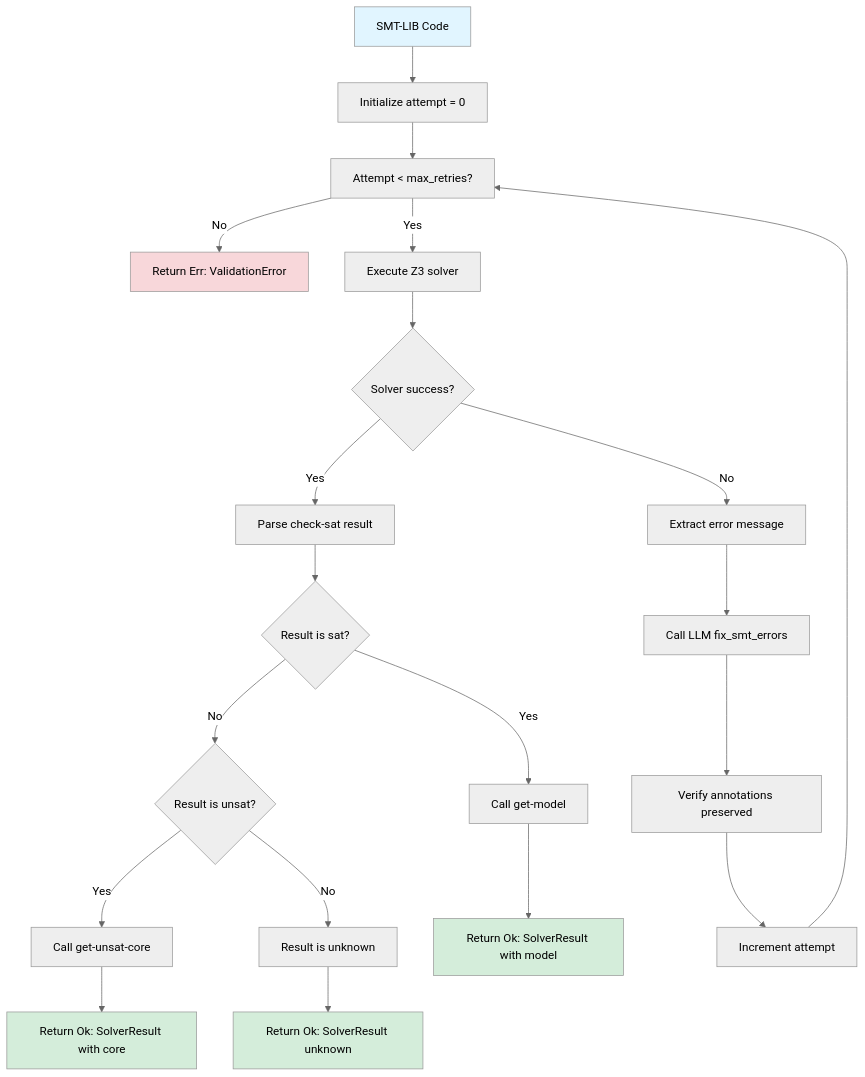
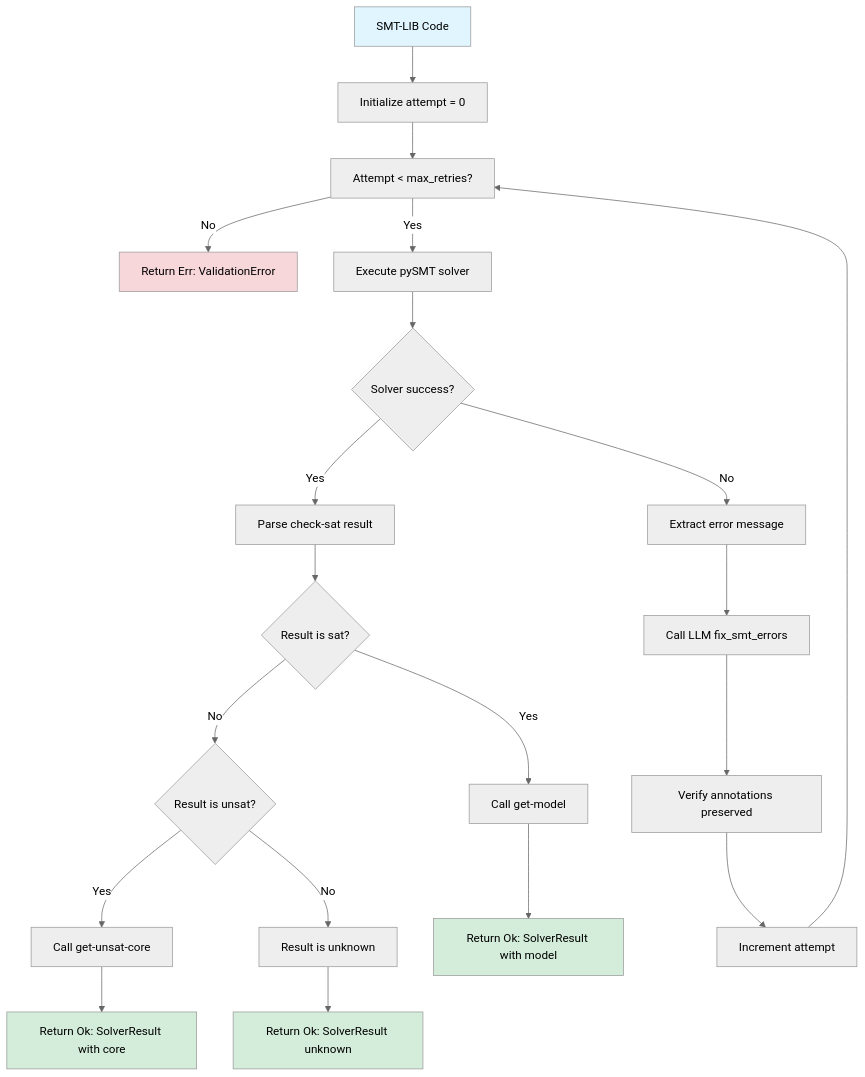
The fifth of 6 diagrams in docs/architecture/ARCHITECTURE.md (o2alexanderfedin/verticalslice-smt-service), drawn with Mermaid (neutral theme) before and after one commit. The commit also changed other lines of this file, not shown here.

First line of the commit message:
docs: update architecture to use pySMT instead of Z3

````diff
--- a/docs/architecture/ARCHITECTURE.md
+++ b/docs/architecture/ARCHITECTURE.md
@@ -622,29 +626,29 @@
 ```mermaid
 flowchart TD
     A[SMT-LIB Code] --> B[Initialize attempt = 0]
     B --> C[Attempt < max_retries?]
     C -->|No| D[Return Err: ValidationError]
-    C -->|Yes| E[Execute Z3 solver]
+    C -->|Yes| E[Execute pySMT solver]
     E --> F{Solver success?}
     F -->|Yes| G[Parse check-sat result]
     G --> H{Result is sat?}
     H -->|Yes| I[Call get-model]
     H -->|No| J{Result is unsat?}
     J -->|Yes| K[Call get-unsat-core]
     J -->|No| L[Result is unknown]
     I --> M[Return Ok: SolverResult with model]
     K --> N[Return Ok: SolverResult with core]
     L --> O[Return Ok: SolverResult unknown]
 
     F -->|No| P[Extract error message]
     P --> Q[Call LLM fix_smt_errors]
     Q --> R[Verify annotations preserved]
     R --> S[Increment attempt]
     S --> C
 
     style A fill:#e1f5ff
     style M fill:#d4edda
     style N fill:#d4edda
     style O fill:#d4edda
     style D fill:#f8d7da
 ```
````
